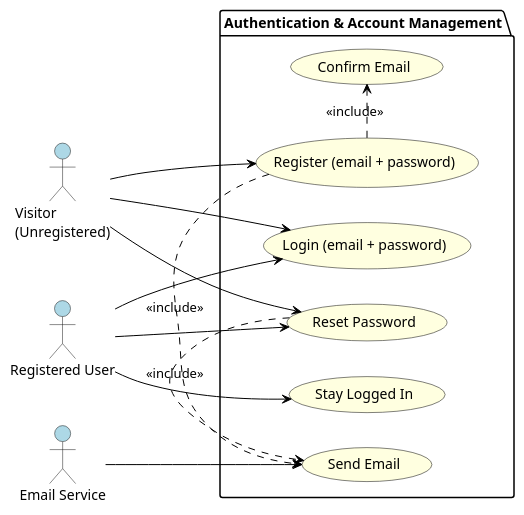
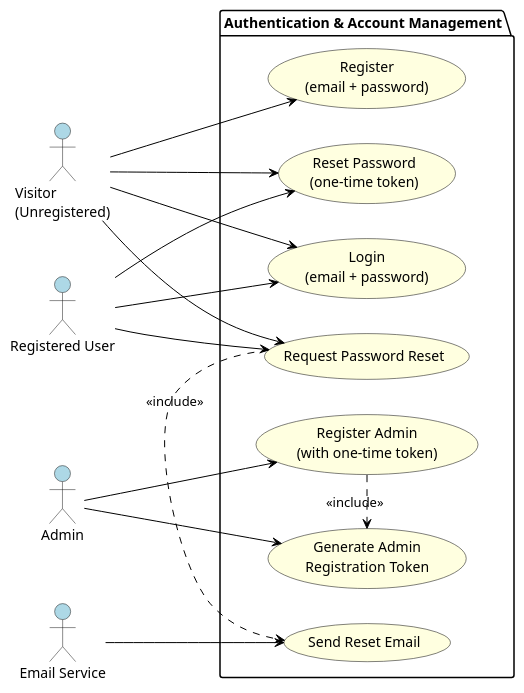
Before and after one commit to Bernat00/Vidate: the diagram in docs/usecase1.puml, drawn with PlantUML. The commit also changed 9 other files, not shown here.

```diff
--- a/docs/usecase1.puml
+++ b/docs/usecase1.puml
@@ -1,40 +1,44 @@
 @startuml
 left to right direction
 skinparam usecase {
   BorderColor Black
   BackgroundColor LightYellow
   ArrowColor Black
 }
 skinparam actor {
   BackgroundColor LightBlue
 }
 
 /' Actors '/
 actor "Visitor\n(Unregistered)" as Visitor
 actor "Registered User" as User
+actor "Admin" as Admin
 actor "Email Service" as EmailService
 
 /' Layer 1: Authentication & Account Management '/
 package "Authentication & Account Management" {
-  usecase "Register (email + password)" as UC_Register
-  usecase "Confirm Email" as UC_ConfirmEmail
-  usecase "Login (email + password)" as UC_Login
-  usecase "Stay Logged In" as UC_StayLoggedIn
-  usecase "Reset Password" as UC_ResetPassword
-  usecase "Send Email" as UC_SendEmail
+  usecase "Register\n(email + password)" as UC_Register
+  usecase "Login\n(email + password)" as UC_Login
+  usecase "Request Password Reset" as UC_RequestReset
+  usecase "Reset Password\n(one-time token)" as UC_ResetPassword
+  usecase "Generate Admin\nRegistration Token" as UC_AdminToken
+  usecase "Register Admin\n(with one-time token)" as UC_RegisterAdmin
+  usecase "Send Reset Email" as UC_SendEmail
 
-  UC_Register .> UC_ConfirmEmail : <<include>>
-  UC_Register .> UC_SendEmail : <<include>>
-  UC_ResetPassword .> UC_SendEmail : <<include>>
+  UC_RequestReset .> UC_SendEmail : <<include>>
+  UC_RegisterAdmin .> UC_AdminToken : <<include>>
 }
 
 Visitor --> UC_Register
 Visitor --> UC_Login
+Visitor --> UC_RequestReset
 Visitor --> UC_ResetPassword
 
 User --> UC_Login
-User --> UC_StayLoggedIn
+User --> UC_RequestReset
 User --> UC_ResetPassword
 
+Admin --> UC_AdminToken
+Admin --> UC_RegisterAdmin
 EmailService --> UC_SendEmail
 @enduml
```
